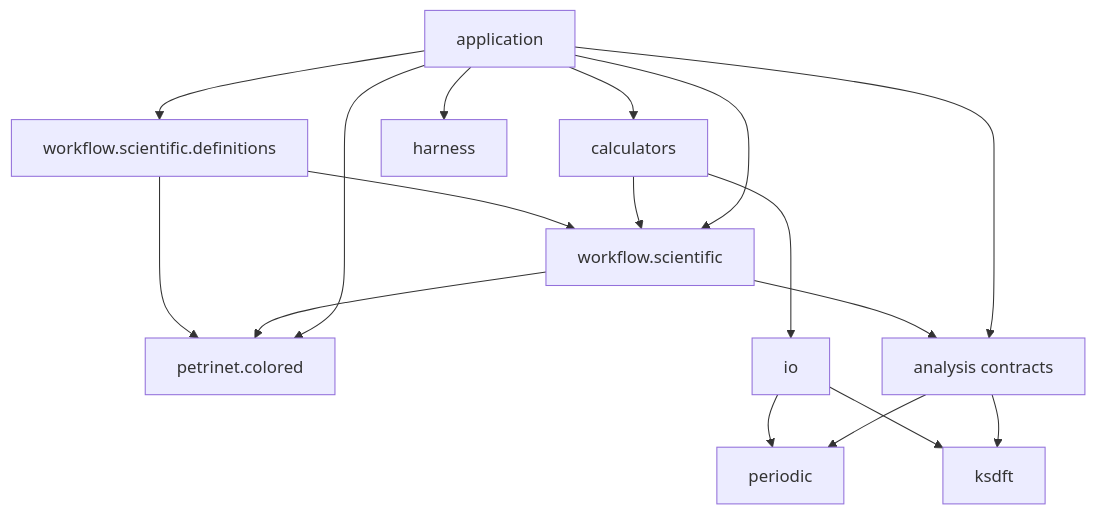
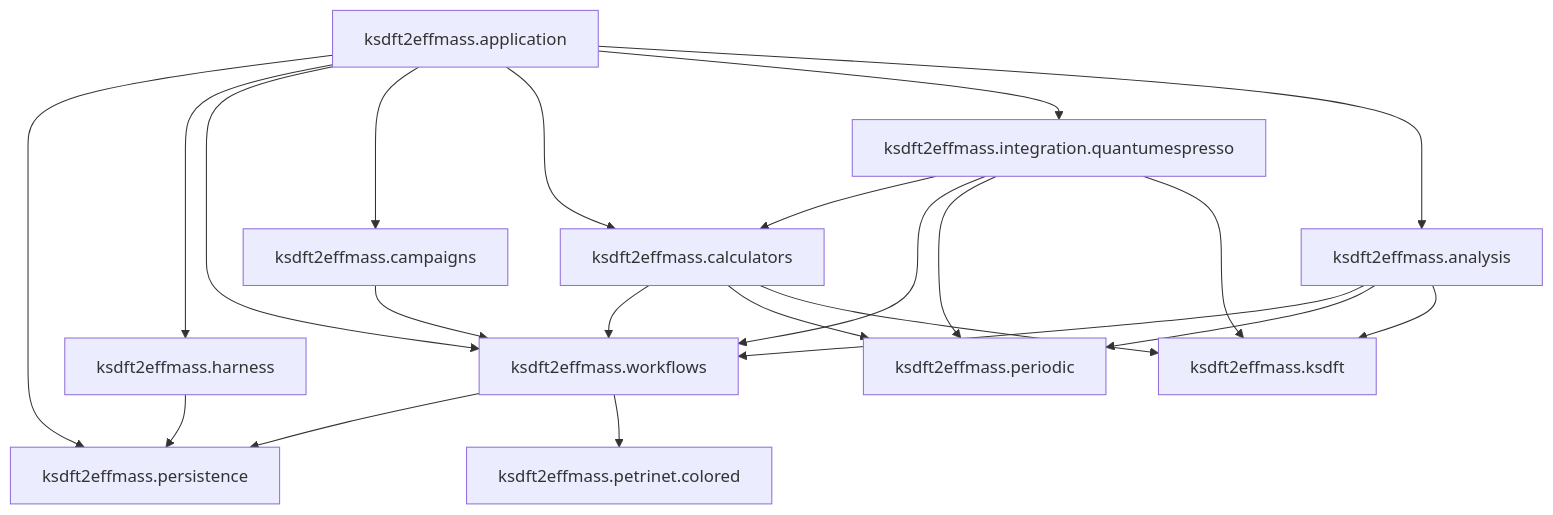
Before and after one commit to eragasa/ksdft2effmass: the diagram in docs/architecture/v2/repository-layout.md, drawn with Mermaid. The commit also changed other lines of this file and 80 other files, not shown here.

Commit message:
docs: reconcile architecture v2

````diff
--- a/docs/architecture/v2/repository-layout.md
+++ b/docs/architecture/v2/repository-layout.md
@@ -43,19 +42,25 @@
 ```mermaid
 flowchart TD
-    definitions["workflow.scientific.definitions"] --> scientific["workflow.scientific"]
-    definitions --> colored["petrinet.colored"]
-    scientific --> colored
-    scientific --> analysis["analysis contracts"]
-    calculators["calculators"] --> scientific
-    calculators --> io["io"]
-    io --> periodic["periodic"]
-    io --> ksdft["ksdft"]
+    persistence["ksdft2effmass.persistence"]
+    campaigns["ksdft2effmass.campaigns"] --> workflows["ksdft2effmass.workflows"]
+    harness["ksdft2effmass.harness"] --> persistence
+    workflows --> persistence
+    workflows --> petrinet["ksdft2effmass.petrinet.colored"]
+    calculators["ksdft2effmass.calculators"] --> workflows
+    calculators --> periodic["ksdft2effmass.periodic"]
+    calculators --> ksdft["ksdft2effmass.ksdft"]
+    integration["ksdft2effmass.integration.quantumespresso"] --> calculators
+    integration --> workflows
+    integration --> periodic
+    integration --> ksdft
+    analysis["ksdft2effmass.analysis"] --> workflows
     analysis --> periodic
     analysis --> ksdft
-    composition["application"] --> harness["harness"]
-    composition --> scientific
-    composition --> definitions
-    composition --> colored
+    composition["ksdft2effmass.application"] --> persistence
+    composition --> harness
+    composition --> workflows
+    composition --> campaigns
     composition --> calculators
+    composition --> integration
     composition --> analysis
 ```
````
